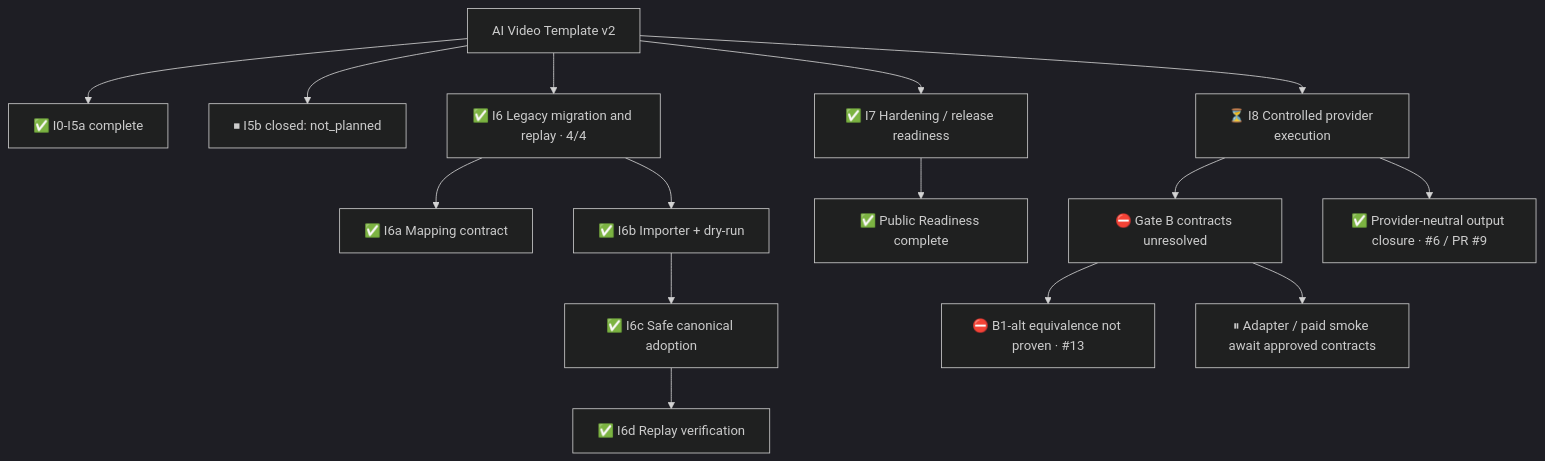
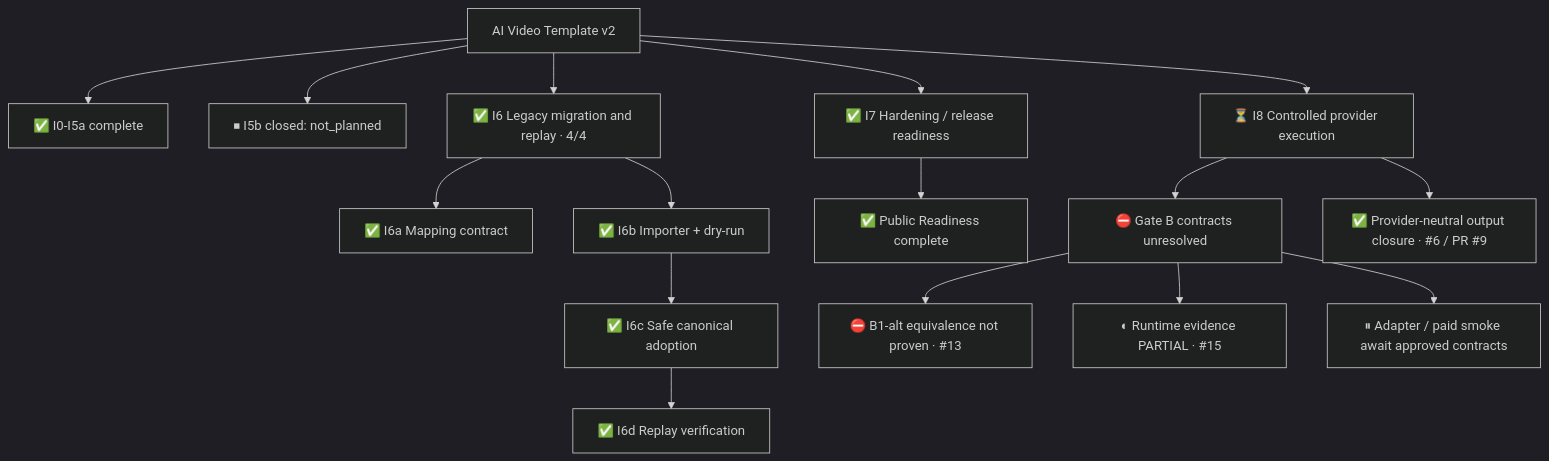
The diagram in PROJECT_PROGRESS.md (rayray12zx3-sys/ai-video-template), drawn with Mermaid (dark theme) before and after one commit. The commit also changed other lines of this file and 2 other files, not shown here.

First line of the commit message:
docs: record partial Gate B runtime evidence

````diff
--- a/PROJECT_PROGRESS.md
+++ b/PROJECT_PROGRESS.md
@@ -45,17 +48,18 @@
 ```mermaid
 flowchart TD
     P[AI Video Template v2] --> F[✅ I0-I5a complete]
     P --> S[⏹ I5b closed: not_planned]
     P --> I6[✅ I6 Legacy migration and replay · 4/4]
     I6 --> A[✅ I6a Mapping contract]
     I6 --> B[✅ I6b Importer + dry-run]
     B --> C[✅ I6c Safe canonical adoption]
     C --> D[✅ I6d Replay verification]
     P --> I7[✅ I7 Hardening / release readiness]
     I7 --> PUB[✅ Public Readiness complete]
     P --> I8[⏳ I8 Controlled provider execution]
     I8 --> GB[⛔ Gate B contracts unresolved]
     GB --> ALT[⛔ B1-alt equivalence not proven · #13]
+    GB --> EVID[◐ Runtime evidence PARTIAL · #15]
     I8 --> OUT[✅ Provider-neutral output closure · #6 / PR #9]
     GB --> LIVE[⏸ Adapter / paid smoke await approved contracts]
 ```
````
